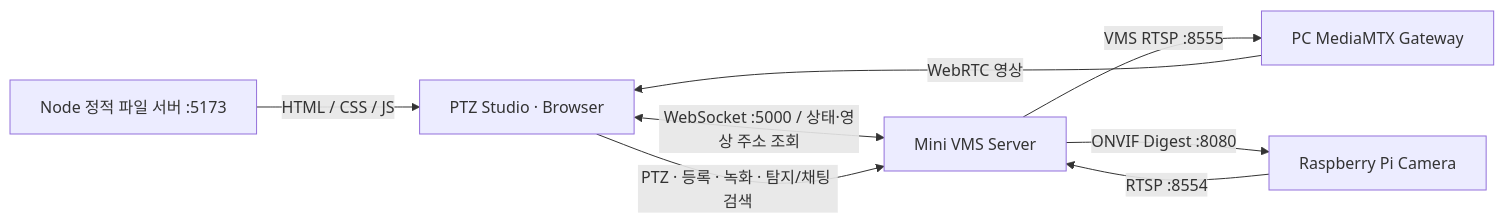
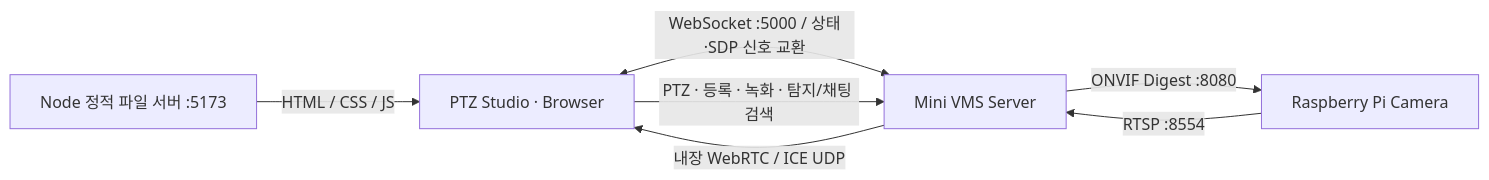
The first of 2 diagrams in README.md (PTZ-CAMERA/PTZ_WEB_Client), drawn with Mermaid before and after one commit. The commit also changed other lines of this file and 9 other files, not shown here.

Commit message:
Update system integration, native WebRTC, recording readiness and READMEs

````diff
--- a/README.md
+++ b/README.md
@@ -8,10 +8,9 @@
 ```mermaid
 flowchart LR
     Static["Node 정적 파일 서버 :5173"] -->|"HTML / CSS / JS"| Web["PTZ Studio · Browser"]
     Pi["Raspberry Pi Camera"] -->|RTSP :8554| VMS["Mini VMS Server"]
-    VMS -->|VMS RTSP :8555| Media["PC MediaMTX Gateway"]
-    Media -->|"WebRTC 영상"| Web
-    Web <-->|"WebSocket :5000 / 상태·영상 주소 조회"| VMS
+    VMS -->|"내장 WebRTC / ICE UDP"| Web
+    Web <-->|"WebSocket :5000 / 상태·SDP 신호 교환"| VMS
     Web -->|"PTZ · 등록 · 녹화 · 탐지/채팅 검색"| VMS
     VMS -->|"ONVIF Digest :8080"| Pi
 ```
````
